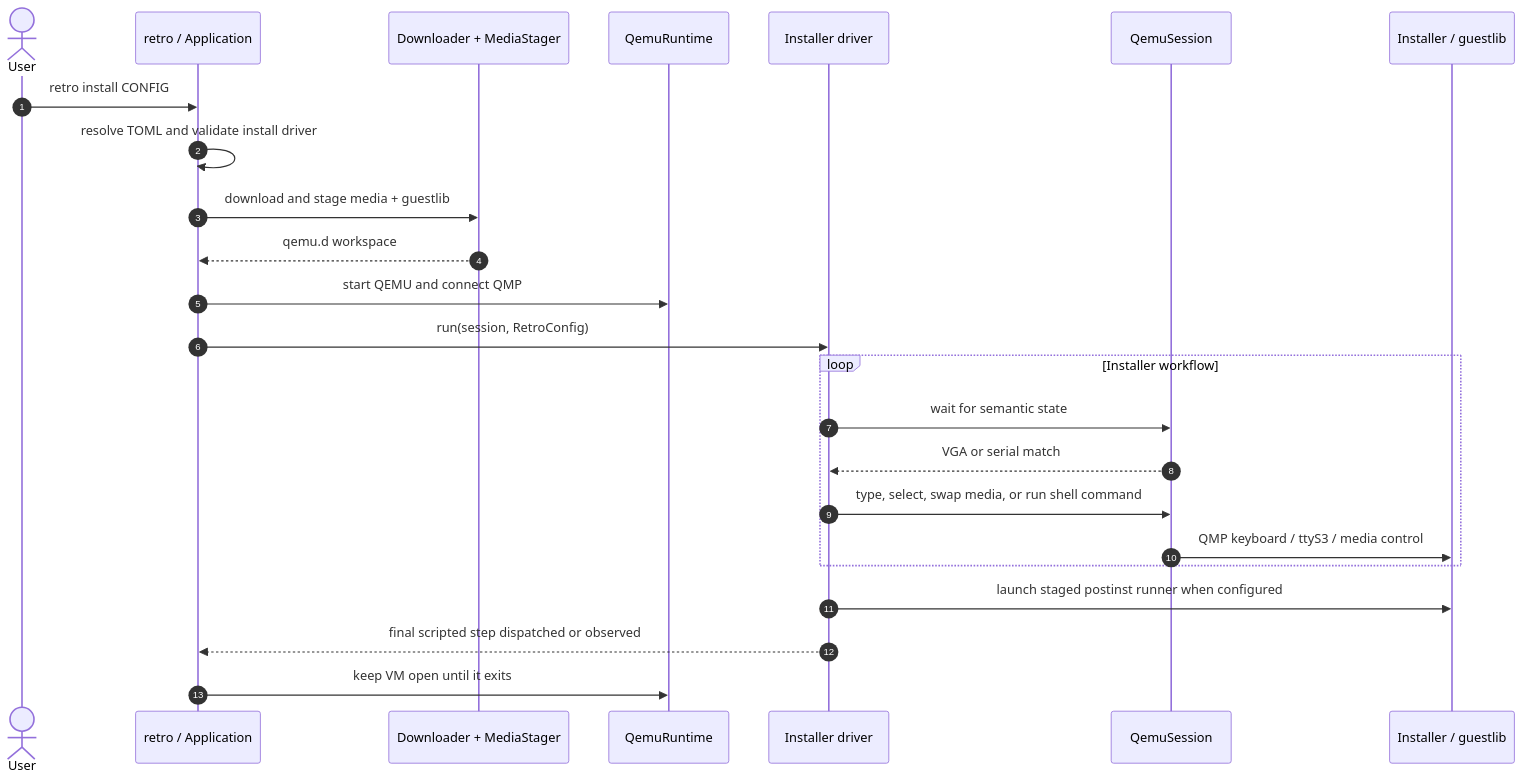
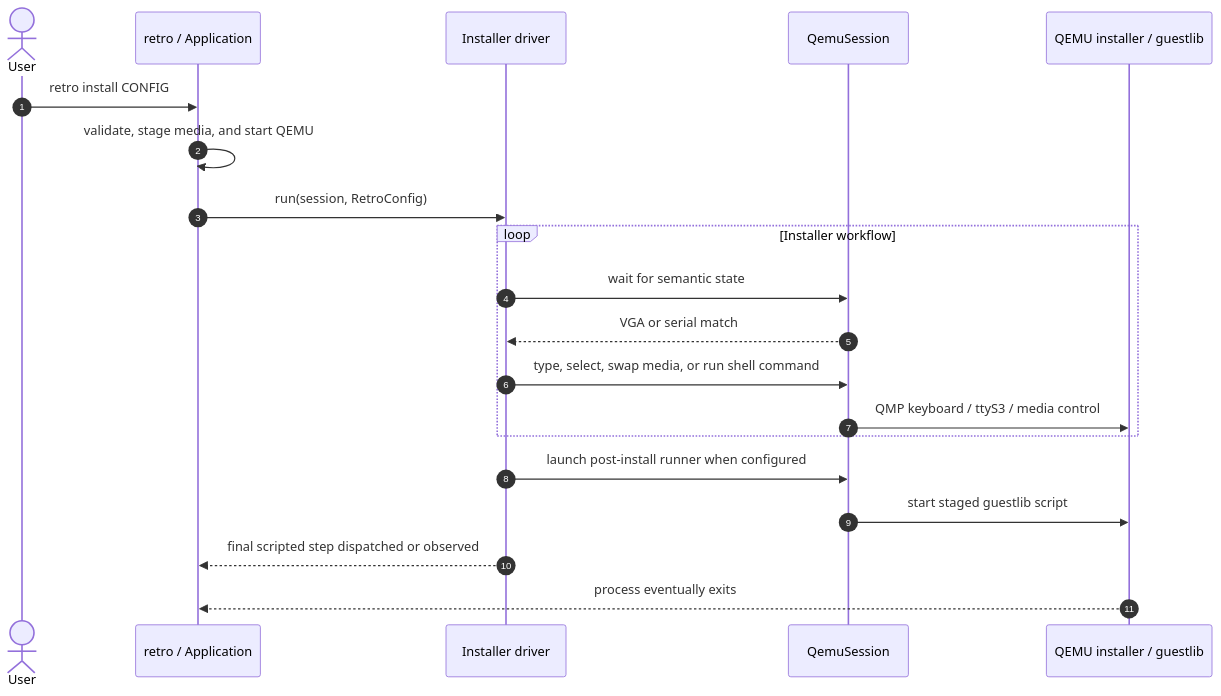
The second of 7 diagrams in ARCHITECTURE.md (jblang/retrodist), drawn with Mermaid before and after one commit. The commit also changed other lines of this file and 6 other files, not shown here.

````diff
--- a/ARCHITECTURE.md
+++ b/ARCHITECTURE.md
@@ -50,27 +52,23 @@
 ```mermaid
 sequenceDiagram
     autonumber
     actor User
     participant App as retro / Application
-    participant Stage as Downloader + MediaStager
-    participant VM as QemuRuntime
     participant Driver as Installer driver
     participant Session as QemuSession
-    participant Guest as Installer / guestlib
+    participant VM as QEMU installer / guestlib
 
     User->>App: retro install CONFIG
-    App->>App: resolve TOML and validate install driver
-    App->>Stage: download and stage media + guestlib
-    Stage-->>App: qemu.d workspace
-    App->>VM: start QEMU and connect QMP
+    App->>App: validate, stage media, and start QEMU
     App->>Driver: run(session, RetroConfig)
     loop Installer workflow
         Driver->>Session: wait for semantic state
         Session-->>Driver: VGA or serial match
         Driver->>Session: type, select, swap media, or run shell command
-        Session->>Guest: QMP keyboard / ttyS3 / media control
+        Session->>VM: QMP keyboard / ttyS3 / media control
     end
-    Driver->>Guest: launch staged postinst runner when configured
+    Driver->>Session: launch post-install runner when configured
+    Session->>VM: start staged guestlib script
     Driver-->>App: final scripted step dispatched or observed
-    App->>VM: keep VM open until it exits
+    VM-->>App: process eventually exits
 ```
````
